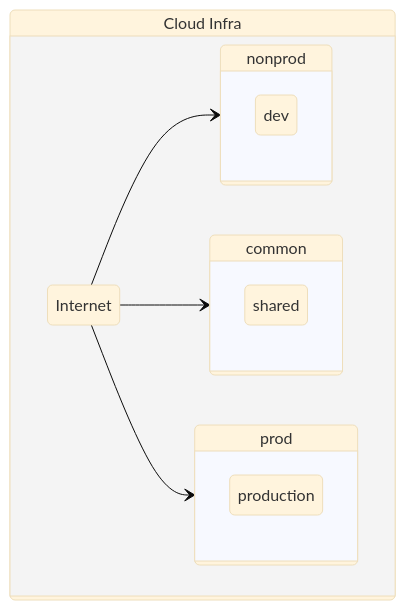
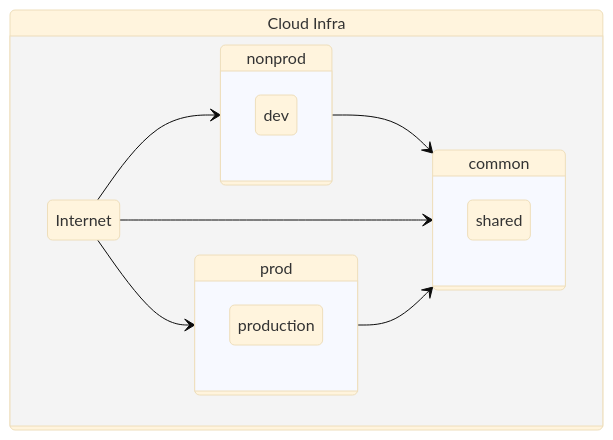
Before and after one commit to catalystcommunity/documentation: the diagram in explanation/infrastructure.md, drawn with Mermaid (base theme). The commit also changed other lines of this file and 6 other files, not shown here.

Commit message:
feat: add app of apps diagrams (#1)

````diff
--- a/explanation/infrastructure.md
+++ b/explanation/infrastructure.md
@@ -9,19 +9,22 @@
 ```mermaid
   stateDiagram-v2
     State "Cloud Infra" as CloudInfra {
         direction LR
         Internet --> nonprod
+        nonprod --> common
         Internet --> common
         Internet --> prod
+        prod --> common
+
+        state common {
+            shared
+        }
 
         state nonprod {
             dev
-        }
-        state common {
-            shared
         }
         state prod {
             production
         }
     }
 ```
````
